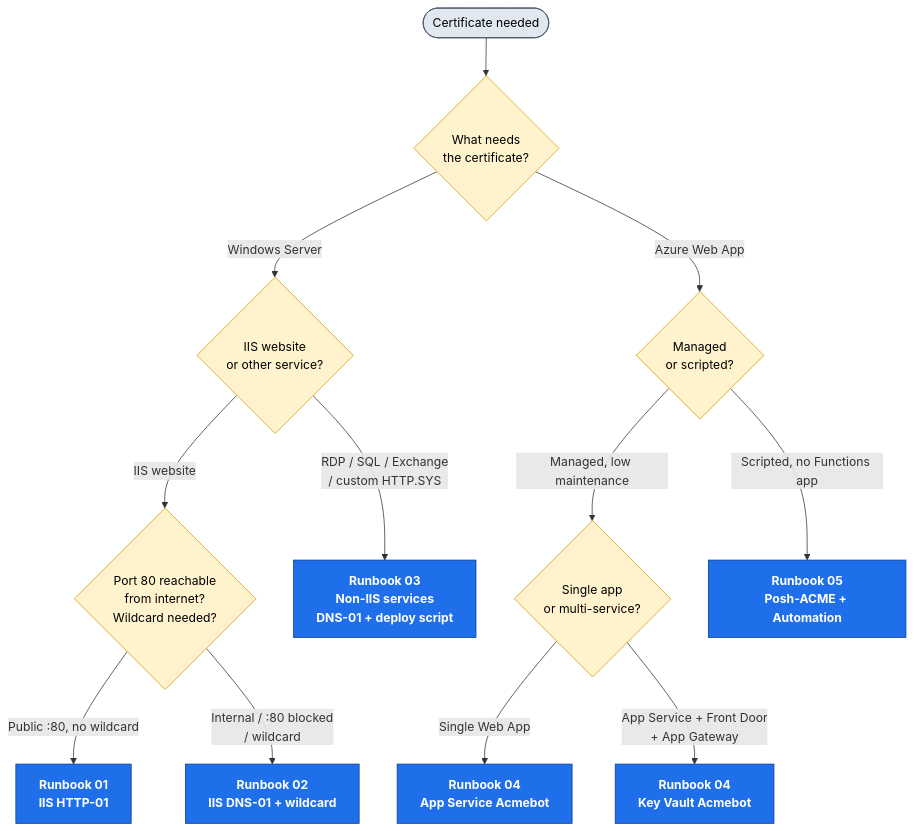
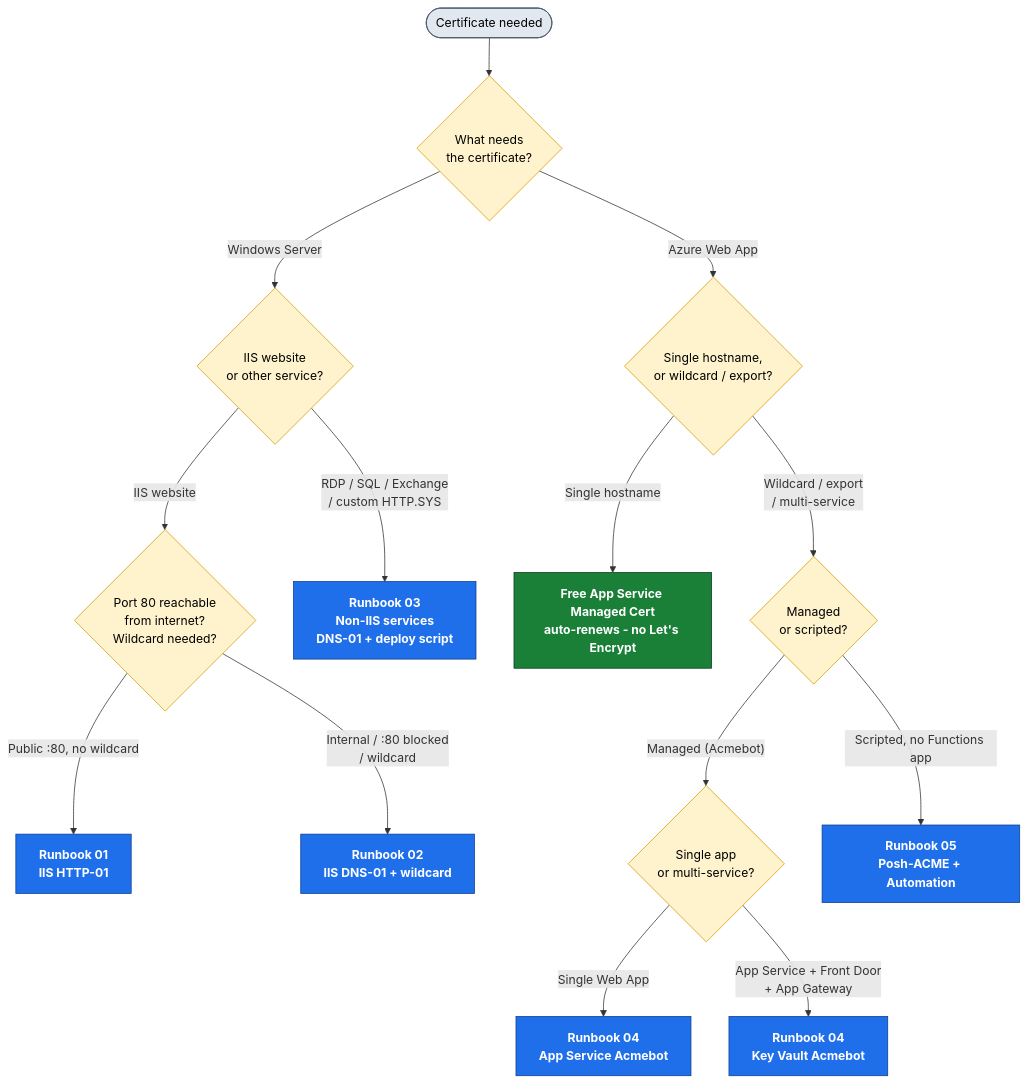
Before and after one commit to xphox2/Cert-Man-Windows: the diagram in docs/diagrams/src/master-decision-flow.mmd, drawn with Mermaid. The commit also changed 6 other files, not shown here.

Commit message:
Make Azure guidance decision-first: free managed cert vs Let's Encrypt (v0.1.20)

```diff
--- a/docs/diagrams/src/master-decision-flow.mmd
+++ b/docs/diagrams/src/master-decision-flow.mmd
@@ -1,24 +1,27 @@
 flowchart TD
     Start([Certificate needed]) --> Q1{What needs<br/>the certificate?}
 
     Q1 -->|Windows Server| W{IIS website<br/>or other service?}
-    Q1 -->|Azure Web App| A{Managed<br/>or scripted?}
+    Q1 -->|Azure Web App| AZ{Single hostname,<br/>or wildcard / export?}
 
     W -->|IIS website| WP{Port 80 reachable<br/>from internet?<br/>Wildcard needed?}
     W -->|"RDP / SQL / Exchange<br/>/ custom HTTP.SYS"| R03["Runbook 03<br/>Non-IIS services<br/>DNS-01 + deploy script"]
 
     WP -->|"Public :80, no wildcard"| R01["Runbook 01<br/>IIS HTTP-01"]
     WP -->|"Internal / :80 blocked<br/>/ wildcard"| R02["Runbook 02<br/>IIS DNS-01 + wildcard"]
 
-    A -->|"Managed, low maintenance"| AB{Single app<br/>or multi-service?}
+    AZ -->|"Single hostname"| ASMC["Free App Service Managed Cert<br/>auto-renews - no Let's Encrypt"]
+    AZ -->|"Wildcard / export<br/>/ multi-service"| A{Managed<br/>or scripted?}
+    A -->|"Managed (Acmebot)"| AB{Single app<br/>or multi-service?}
     A -->|"Scripted, no Functions app"| R05["Runbook 05<br/>Posh-ACME + Automation"]
-
     AB -->|Single Web App| R04a["Runbook 04<br/>App Service Acmebot"]
     AB -->|"App Service + Front Door<br/>+ App Gateway"| R04b["Runbook 04<br/>Key Vault Acmebot"]
 
     classDef rb fill:#1f6feb,stroke:#0b3d91,color:#ffffff,font-weight:bold;
     classDef dec fill:#fff3cd,stroke:#d39e00,color:#000000;
     classDef ep fill:#e2e8f0,stroke:#475569,color:#000000;
+    classDef free fill:#1a7f37,stroke:#0b3d20,color:#ffffff,font-weight:bold;
     class R01,R02,R03,R04a,R04b,R05 rb;
-    class Q1,W,WP,A,AB dec;
+    class Q1,W,WP,AZ,A,AB dec;
     class Start ep;
+    class ASMC free;
```
